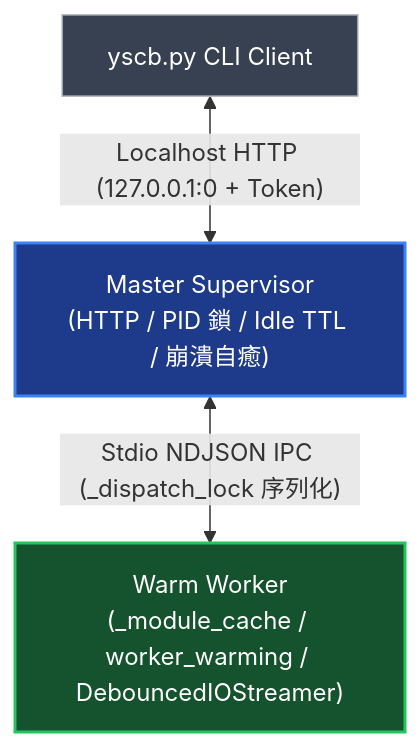
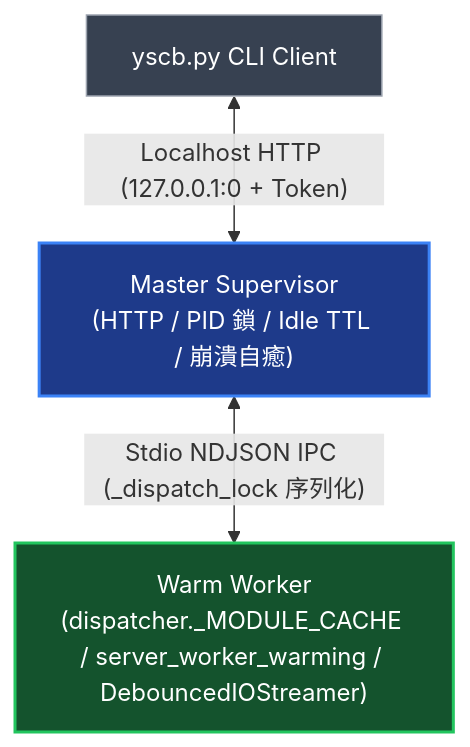
The diagram in docs/server/daemon_architecture.md (ysnaive/ys-codebase), drawn with Mermaid before and after one commit. The commit also changed other lines of this file and 253 other files, not shown here.

````diff
--- a/docs/server/daemon_architecture.md
+++ b/docs/server/daemon_architecture.md
@@ -26,9 +26,9 @@
 ```mermaid
 graph TD
     classDef client fill:#374151,stroke:#9ca3af,stroke-width:1px,color:#fff;
     classDef master fill:#1e3a8a,stroke:#3b82f6,stroke-width:2px,color:#fff;
     classDef worker fill:#14532d,stroke:#22c55e,stroke-width:2px,color:#fff;
 
     CLI["yscb.py CLI Client"]:::client <-->|"Localhost HTTP (127.0.0.1:0 + Token)"| Master["Master Supervisor<br/>(HTTP / PID 鎖 / Idle TTL / 崩潰自癒)"]:::master
-    Master <-->|"Stdio NDJSON IPC (_dispatch_lock 序列化)"| Worker["Warm Worker<br/>(_module_cache / worker_warming / DebouncedIOStreamer)"]:::worker
+    Master <-->|"Stdio NDJSON IPC (_dispatch_lock 序列化)"| Worker["Warm Worker<br/>(dispatcher._MODULE_CACHE / server_worker_warming / DebouncedIOStreamer)"]:::worker
 ```
````
